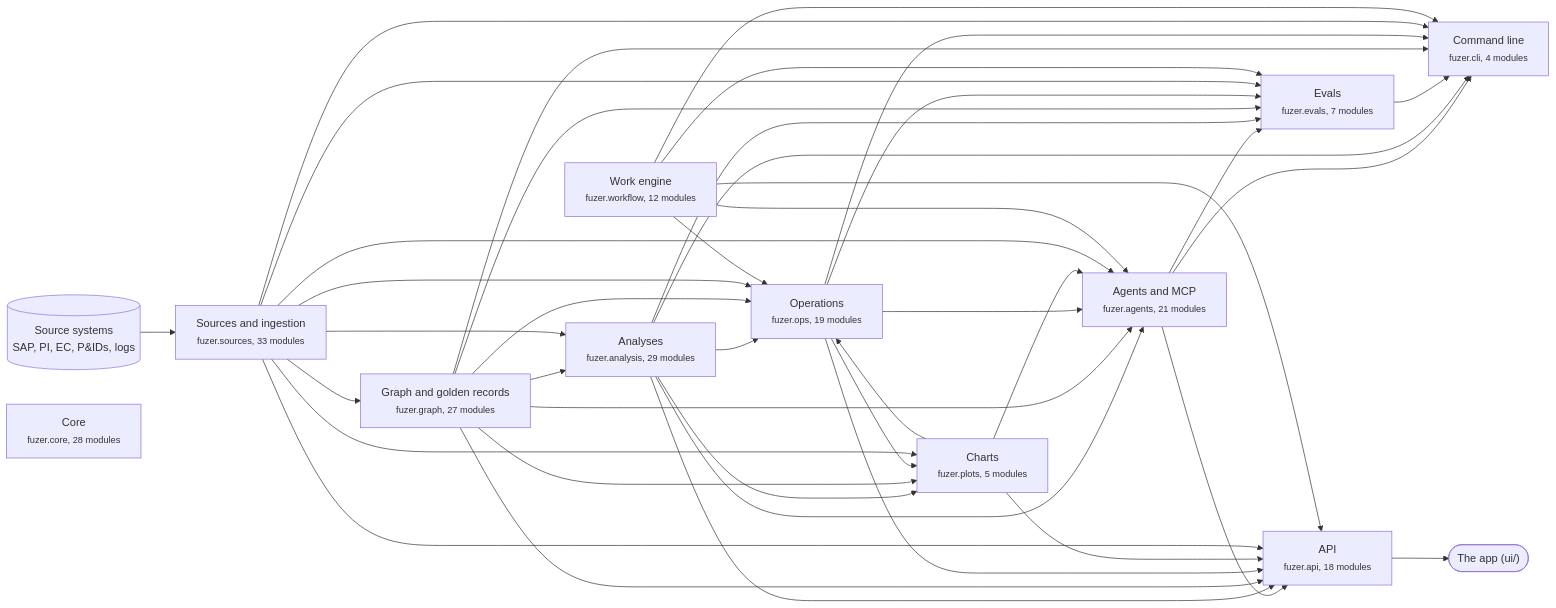
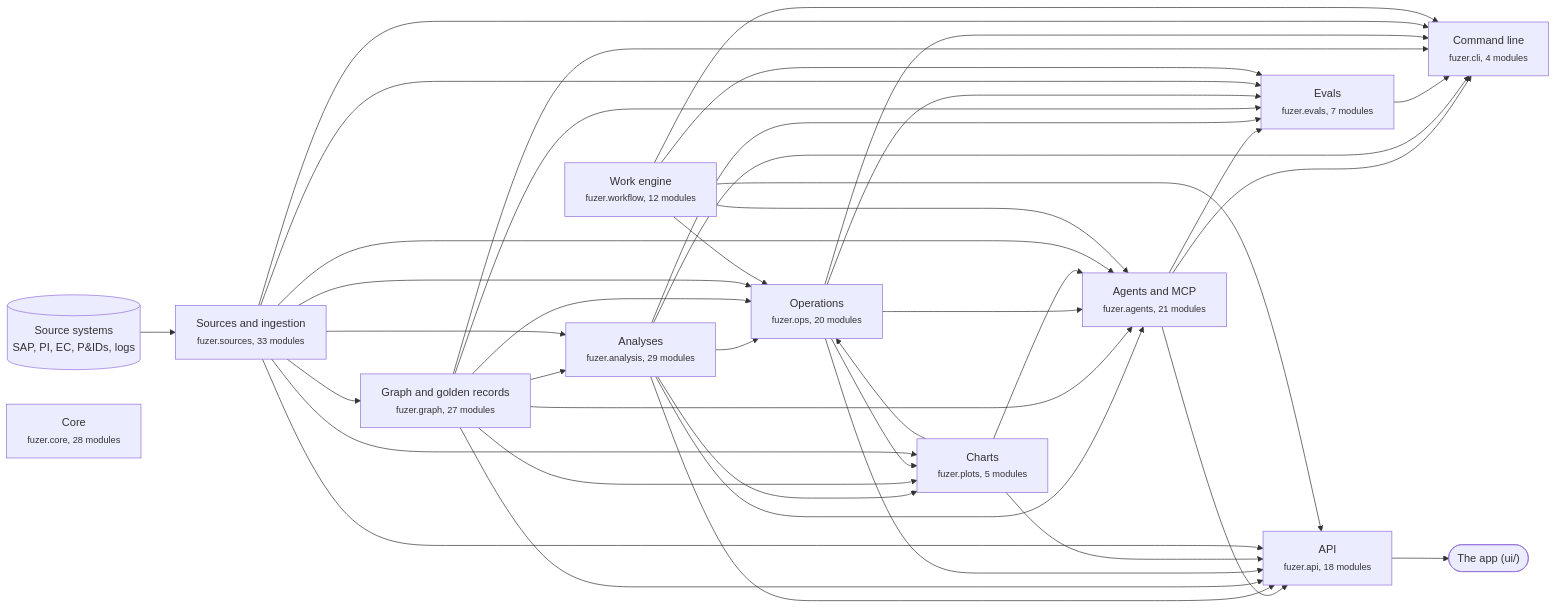
One commit to areed145/fuzer changed the first of 3 diagrams in docs/architecture.md. Above: the diagram before and after it, drawn with Mermaid. The commit also changed other lines of this file and 9 other files, not shown here.

````diff
--- a/docs/architecture.md
+++ b/docs/architecture.md
@@ -8,66 +8,66 @@
 ```mermaid
 flowchart LR
   systems[("Source systems<br>SAP, PI, EC, P&IDs, logs")] --> c_sources
   app(["The app (ui/)"])
   c_api --> app
   c_sources["Sources and ingestion<br><small>fuzer.sources, 33 modules</small>"]
   c_graph["Graph and golden records<br><small>fuzer.graph, 27 modules</small>"]
   c_analysis["Analyses<br><small>fuzer.analysis, 29 modules</small>"]
-  c_ops["Operations<br><small>fuzer.ops, 19 modules</small>"]
+  c_ops["Operations<br><small>fuzer.ops, 20 modules</small>"]
   c_plots["Charts<br><small>fuzer.plots, 5 modules</small>"]
   c_workflow["Work engine<br><small>fuzer.workflow, 12 modules</small>"]
   c_agents["Agents and MCP<br><small>fuzer.agents, 21 modules</small>"]
   c_evals["Evals<br><small>fuzer.evals, 7 modules</small>"]
   c_api["API<br><small>fuzer.api, 18 modules</small>"]
   c_cli["Command line<br><small>fuzer.cli, 4 modules</small>"]
   c_core["Core<br><small>fuzer.core, 28 modules</small>"]
   c_sources --> c_graph
   c_graph --> c_analysis
   c_sources --> c_analysis
   c_analysis --> c_ops
   c_graph --> c_ops
   c_plots --> c_ops
   c_sources --> c_ops
   c_workflow --> c_ops
   c_analysis --> c_plots
   c_graph --> c_plots
   c_ops --> c_plots
   c_sources --> c_plots
   c_analysis --> c_agents
   c_graph --> c_agents
   c_ops --> c_agents
   c_plots --> c_agents
   c_sources --> c_agents
   c_workflow --> c_agents
   c_agents --> c_evals
   c_analysis --> c_evals
   c_graph --> c_evals
   c_ops --> c_evals
   c_sources --> c_evals
   c_workflow --> c_evals
   c_agents --> c_api
   c_analysis --> c_api
   c_graph --> c_api
   c_ops --> c_api
   c_plots --> c_api
   c_sources --> c_api
   c_workflow --> c_api
   c_agents --> c_cli
   c_analysis --> c_cli
   c_evals --> c_cli
   c_graph --> c_cli
   c_ops --> c_cli
   c_sources --> c_cli
   c_workflow --> c_cli
   click c_sources "https://github.com/areed145/fuzer/tree/main/src/fuzer/sources"
   click c_graph "https://github.com/areed145/fuzer/tree/main/src/fuzer/graph"
   click c_analysis "https://github.com/areed145/fuzer/tree/main/src/fuzer/analysis"
   click c_ops "https://github.com/areed145/fuzer/tree/main/src/fuzer/ops"
   click c_plots "https://github.com/areed145/fuzer/tree/main/src/fuzer/plots"
   click c_workflow "https://github.com/areed145/fuzer/tree/main/src/fuzer/workflow"
   click c_agents "https://github.com/areed145/fuzer/tree/main/src/fuzer/agents"
   click c_evals "https://github.com/areed145/fuzer/tree/main/src/fuzer/evals"
   click c_api "https://github.com/areed145/fuzer/tree/main/src/fuzer/api"
   click c_cli "https://github.com/areed145/fuzer/tree/main/src/fuzer/cli"
   click c_core "https://github.com/areed145/fuzer/tree/main/src/fuzer/core"
 ```
````
